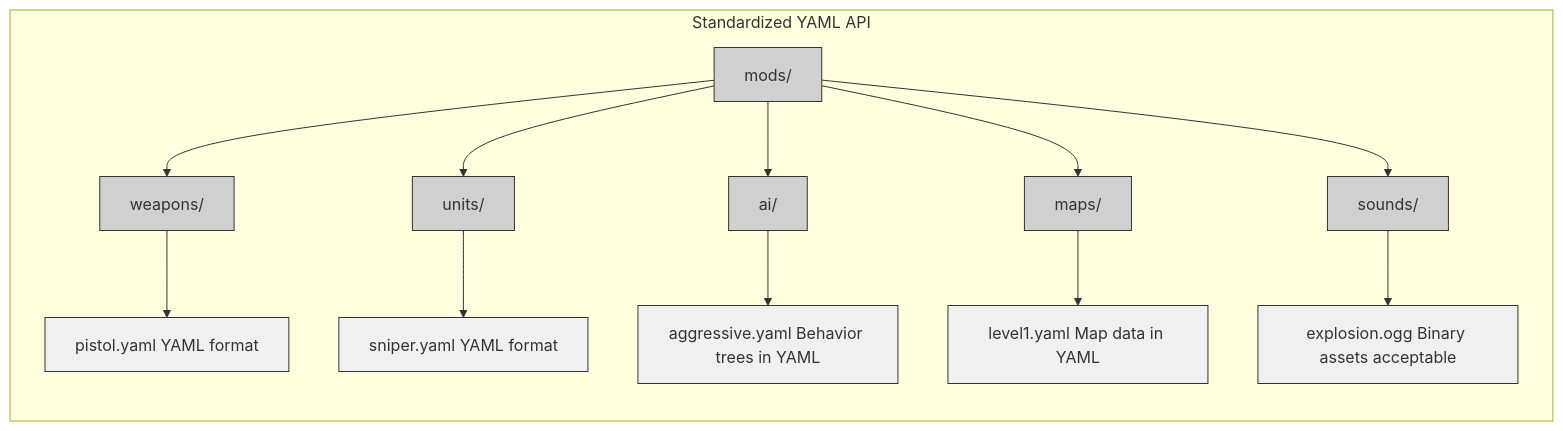
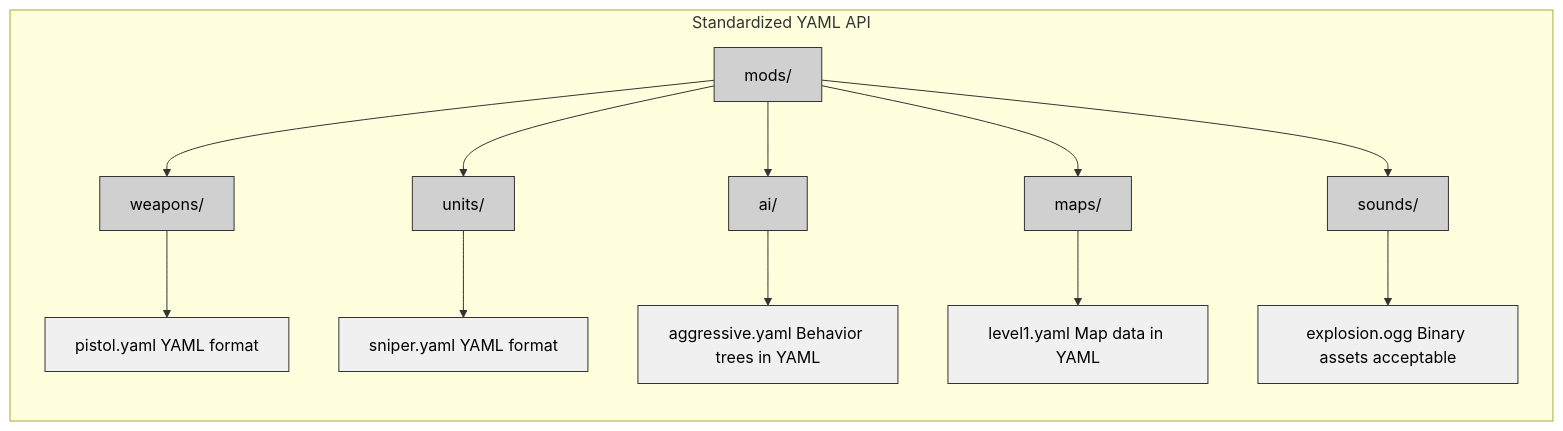
One commit to jukofyork/close-combat-architecture-study changed the second of 2 diagrams in common_pitfalls.md. Above: the diagram before and after it, drawn with Mermaid. The commit also changed other lines of this file and 15 other files, not shown here.

````diff
--- a/common_pitfalls.md
+++ b/common_pitfalls.md
@@ -1729,23 +1729,23 @@
 ```mermaid
 flowchart TD
     subgraph Standardized["Standardized YAML API"]
         direction TB
         root["mods/"] --> weapons2["weapons/"]
         root --> units2["units/"]
         root --> ai2["ai/"]
         root --> maps2["maps/"]
         root --> sounds2["sounds/"]
 
         weapons2 --> pistol2["pistol.yaml YAML format"]
         units2 --> sniper2["sniper.yaml YAML format"]
         ai2 --> aggressive2["aggressive.yaml Behavior trees in YAML"]
         maps2 --> level2["level1.yaml Map data in YAML"]
         sounds2 --> explosion2["explosion.ogg Binary assets acceptable"]
     end
 
-    classDef default fill:#fff,stroke:#000,stroke-width:1px
-    classDef folder fill:#d0d0d0,stroke:#333,stroke-width:1px
-    classDef file fill:#f0f0f0,stroke:#333,stroke-width:1px
+    classDef default fill:#fff,stroke:#000,stroke-width:1px,color:#000
+    classDef folder fill:#d0d0d0,stroke:#333,stroke-width:1px,color:#000
+    classDef file fill:#f0f0f0,stroke:#333,stroke-width:1px,color:#000
     class root,weapons2,units2,ai2,maps2,sounds2 folder
     class pistol2,sniper2,aggressive2,level2,explosion2 file
 ```
````
